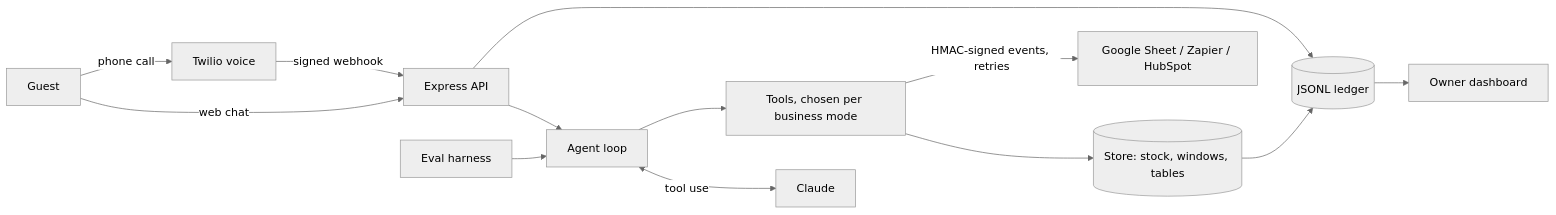
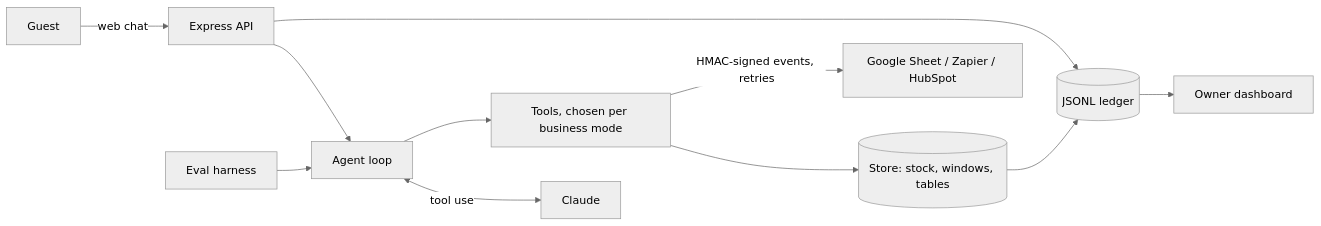
One commit to yuribelorusets/mise changed the diagram in README.md. Above: the diagram before and after it, drawn with Mermaid (neutral theme). The commit also changed other lines of this file and 9 other files, not shown here.

````diff
--- a/README.md
+++ b/README.md
@@ -34,14 +34,13 @@
 ```mermaid
 flowchart LR
   G[Guest] -->|web chat| API[Express API]
-  G -->|phone call| TW[Twilio voice] -->|signed webhook| API
   API --> AG[Agent loop]
   AG <-->|tool use| LLM[Claude]
   AG --> T[Tools, chosen per business mode]
   T --> S[(Store: stock, windows, tables)]
   S --> L[(JSONL ledger)]
   API --> L
   L --> AD[Owner dashboard]
   T -->|HMAC-signed events, retries| CRM[Google Sheet / Zapier / HubSpot]
   EV[Eval harness] --> AG
 ```
````
